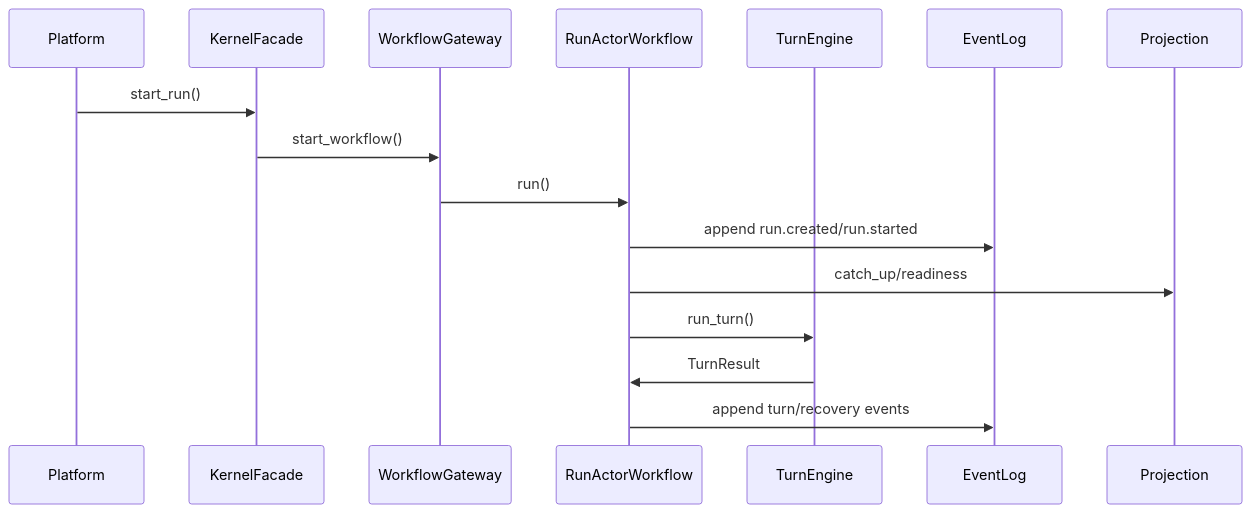
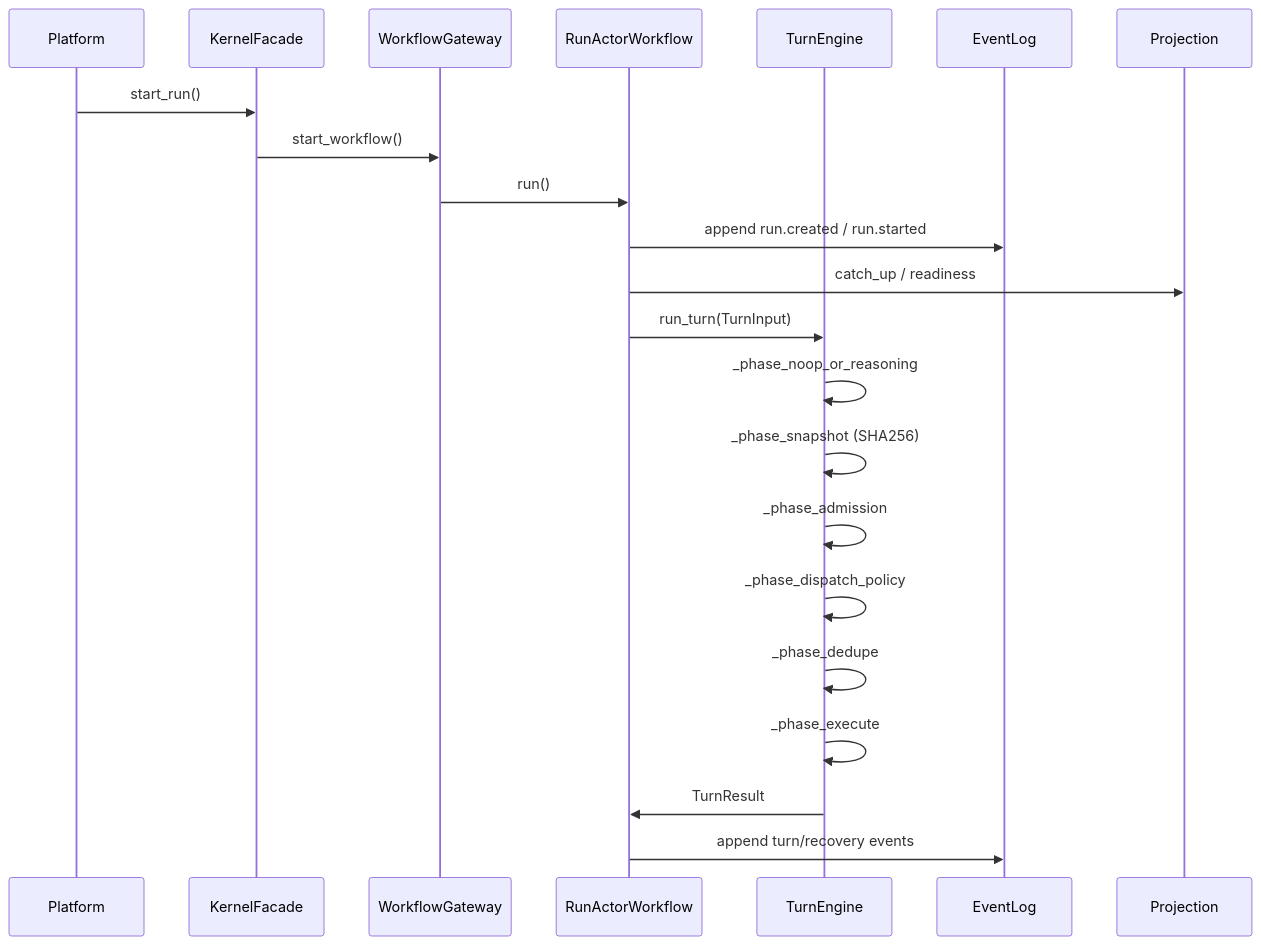
One commit to chaosxingxc-orion/agent-kernel changed the second of 4 diagrams in ARCHITECTURE.md. Above: the diagram before and after it, drawn with Mermaid. The commit also changed other lines of this file and 5 other files, not shown here.

First line of the commit message:
docs: rewrite README and ARCHITECTURE for v0.2.0, remove stale files

````diff
--- a/ARCHITECTURE.md
+++ b/ARCHITECTURE.md
@@ -75,19 +111,25 @@
 ```mermaid
 sequenceDiagram
   participant P as Platform
   participant F as KernelFacade
   participant G as WorkflowGateway
   participant R as RunActorWorkflow
   participant T as TurnEngine
   participant E as EventLog
   participant J as Projection
 
   P->>F: start_run()
   F->>G: start_workflow()
   G->>R: run()
-  R->>E: append run.created/run.started
-  R->>J: catch_up/readiness
-  R->>T: run_turn()
+  R->>E: append run.created / run.started
+  R->>J: catch_up / readiness
+  R->>T: run_turn(TurnInput)
+  T->>T: _phase_noop_or_reasoning
+  T->>T: _phase_snapshot (SHA256)
+  T->>T: _phase_admission
+  T->>T: _phase_dispatch_policy
+  T->>T: _phase_dedupe
+  T->>T: _phase_execute
   T->>R: TurnResult
   R->>E: append turn/recovery events
 ```
````
